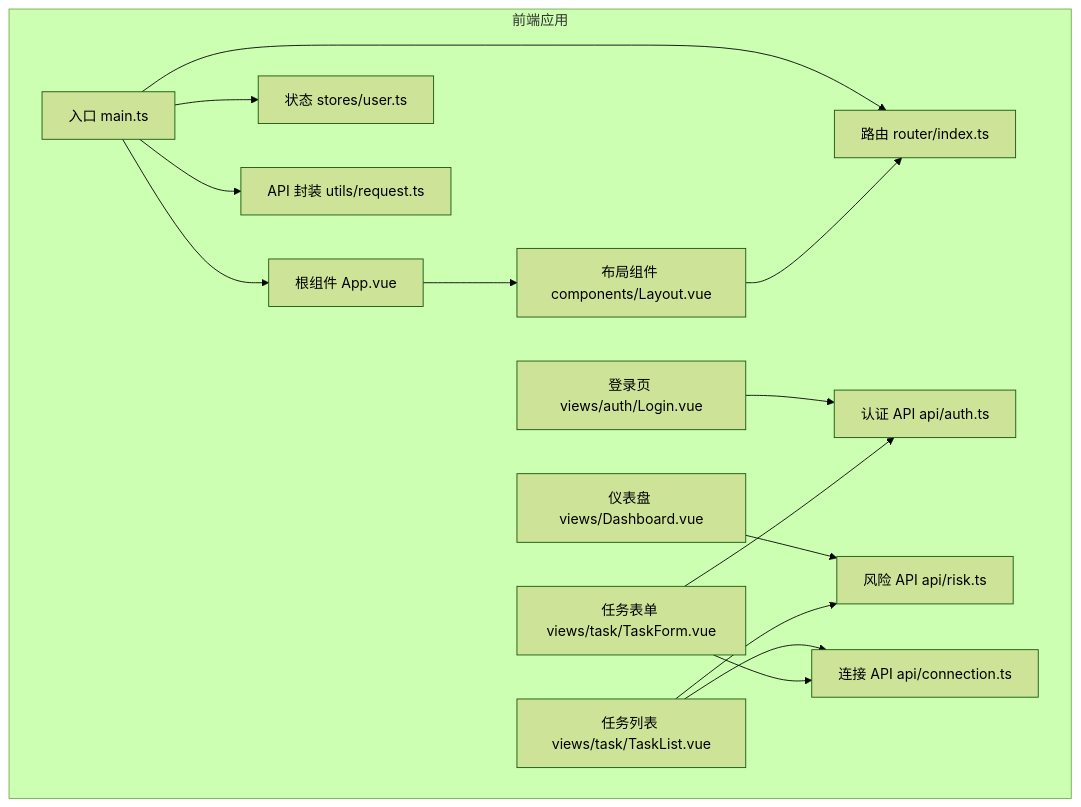
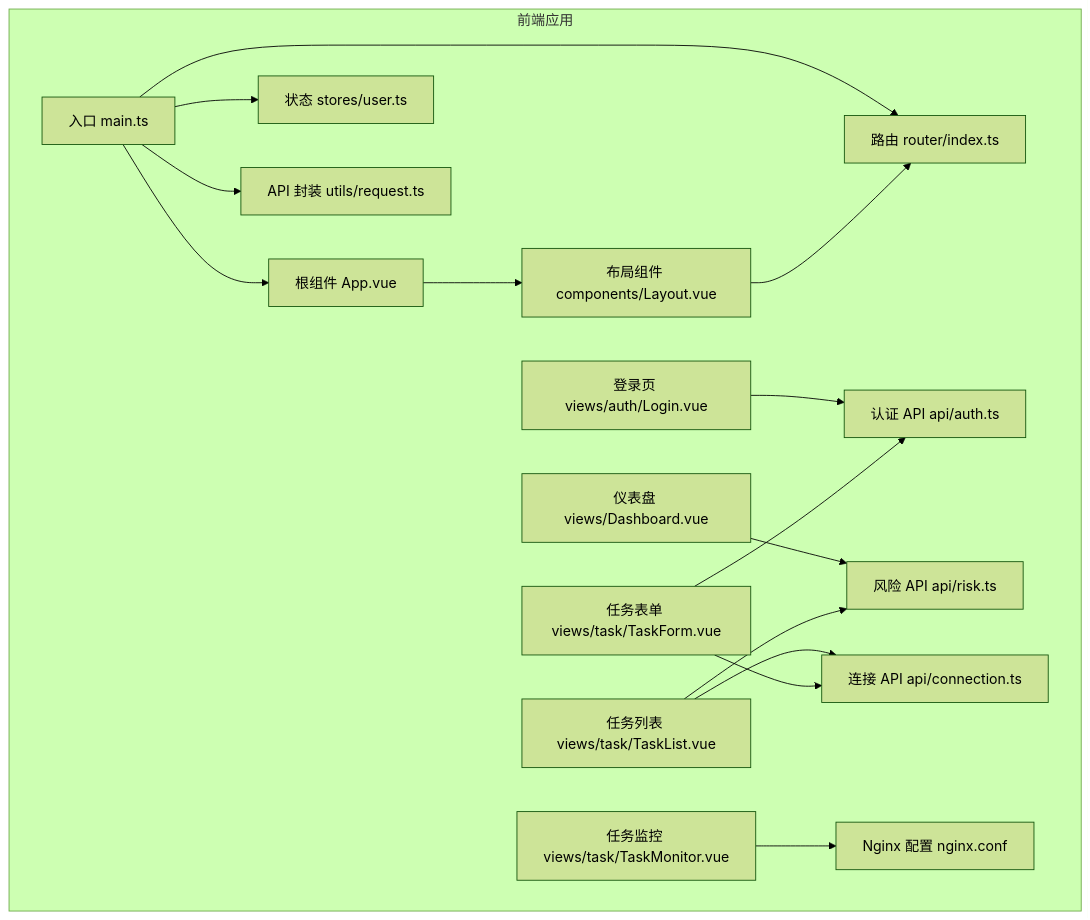
Before and after one commit to zzjxmy/mysql-risk-filed-check: the first of 7 diagrams in .qoder/repowiki/zh/content/前端应用架构/前端应用架构.md, drawn with Mermaid (forest theme). The commit also changed other lines of this file and 4 other files, not shown here.

First line of the commit message:
feat(task-monitor): 优化WebSocket连接通过Nginx代理转发

````diff
--- a/.qoder/repowiki/zh/content/前端应用架构/前端应用架构.md
+++ b/.qoder/repowiki/zh/content/前端应用架构/前端应用架构.md
@@ -48,30 +56,33 @@
 ```mermaid
 graph TB
 subgraph "前端应用"
 A["入口 main.ts"]
 B["根组件 App.vue"]
 C["路由 router/index.ts"]
 D["状态 stores/user.ts"]
 E["布局组件 components/Layout.vue"]
 F["登录页 views/auth/Login.vue"]
 G["仪表盘 views/Dashboard.vue"]
 H["任务列表 views/task/TaskList.vue"]
 I["任务表单 views/task/TaskForm.vue"]
 J["API 封装 utils/request.ts"]
 K["认证 API api/auth.ts"]
 L["连接 API api/connection.ts"]
 M["风险 API api/risk.ts"]
+N["任务监控 views/task/TaskMonitor.vue"]
+O["Nginx 配置 nginx.conf"]
 end
 A --> B
 A --> C
 A --> D
 A --> J
 B --> E
 E --> C
 F --> K
 G --> M
 H --> L
 H --> M
 I --> L
 I --> K
+N --> O
 ```
````
